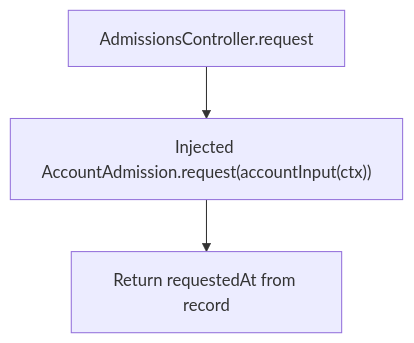
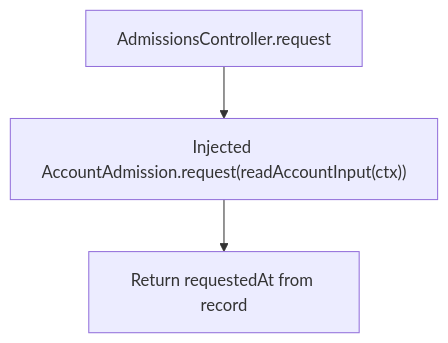
The second of 2 diagrams in user-stories/api/us-api-15-request-admission.md (Kevinjohn/oss-adonisjs-starter-examples), drawn with Mermaid before and after one commit. The commit also changed other lines of this file and 27 other files, not shown here.

````diff
--- a/user-stories/api/us-api-15-request-admission.md
+++ b/user-stories/api/us-api-15-request-admission.md
@@ -32,5 +32,5 @@
 ```mermaid
 flowchart TD
-    A["AdmissionsController.request"] --> B["Injected AccountAdmission.request(accountInput(ctx))"]
+    A["AdmissionsController.request"] --> B["Injected AccountAdmission.request(readAccountInput(ctx))"]
     B --> C["Return requestedAt from record"]
 ```
````
